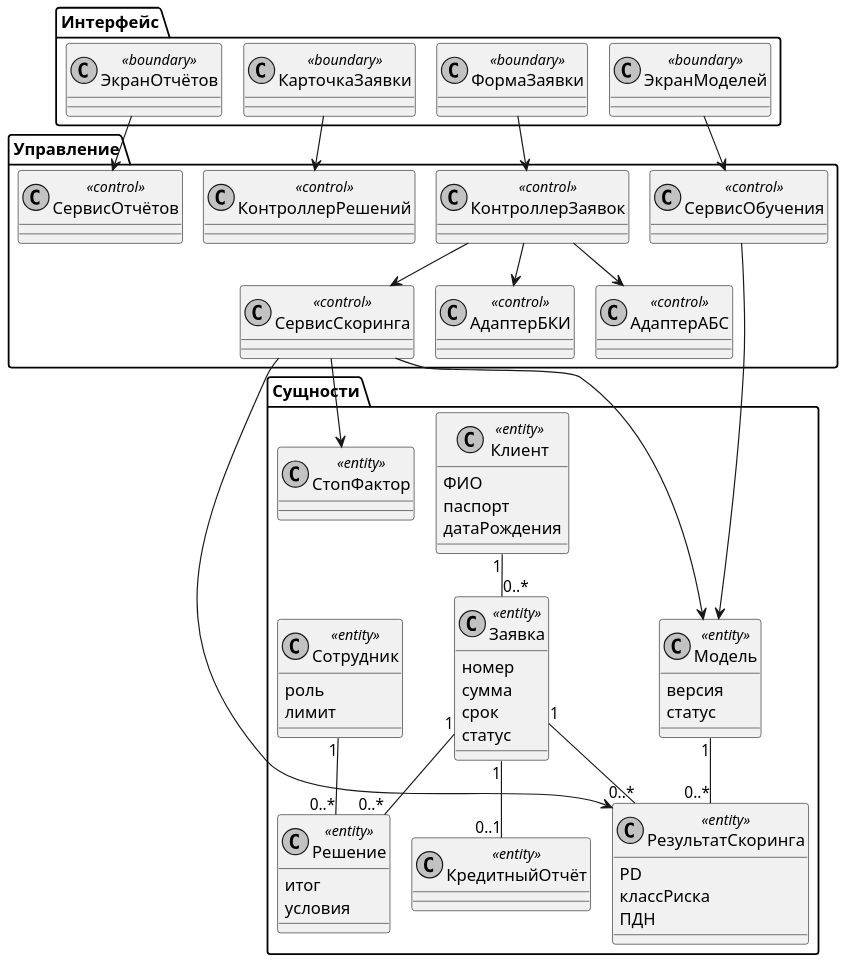
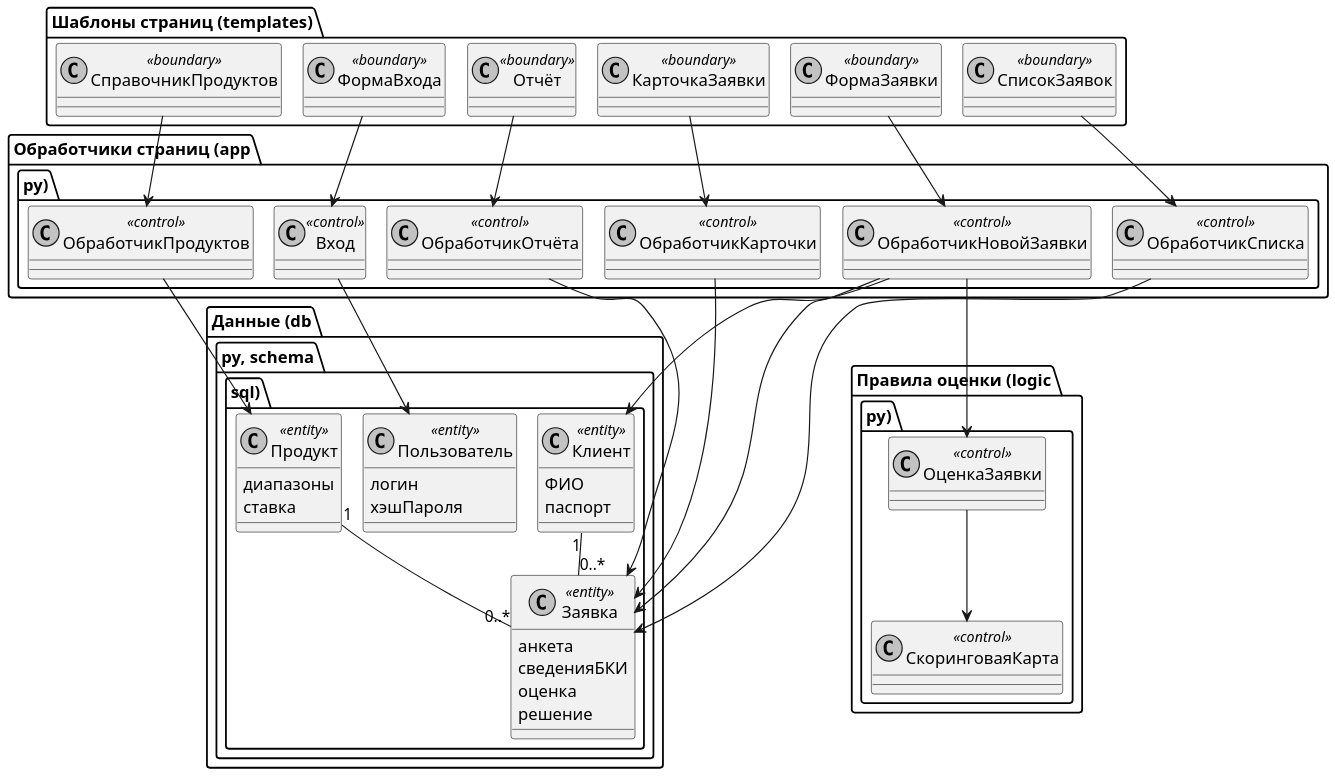
The diagram in diagrams/uml_classes.puml (DarkSwordman999/credit-scoring-dss), drawn with PlantUML before and after one commit. The commit also changed 51 other files, not shown here.

Commit message:
Отчёты ПР 1-10 и диаграммы пересобраны под базовую редакцию

```diff
--- a/diagrams/uml_classes.puml
+++ b/diagrams/uml_classes.puml
@@ -1,72 +1,65 @@
 @startuml
 !pragma layout smetana
 skinparam dpi 150
 skinparam defaultFontName Arial
 skinparam shadowing false
 skinparam monochrome true
 skinparam linetype ortho
-package "Интерфейс" {
+package "Шаблоны страниц (templates)" {
+ class ФормаВхода <<boundary>>
+ class СписокЗаявок <<boundary>>
  class ФормаЗаявки <<boundary>>
  class КарточкаЗаявки <<boundary>>
- class ЭкранМоделей <<boundary>>
- class ЭкранОтчётов <<boundary>>
+ class Отчёт <<boundary>>
+ class СправочникПродуктов <<boundary>>
 }
-package "Управление" {
- class КонтроллерЗаявок <<control>>
- class КонтроллерРешений <<control>>
- class СервисСкоринга <<control>>
- class СервисОбучения <<control>>
- class СервисОтчётов <<control>>
- class АдаптерБКИ <<control>>
- class АдаптерАБС <<control>>
+package "Обработчики страниц (app.py)" {
+ class Вход <<control>>
+ class ОбработчикСписка <<control>>
+ class ОбработчикНовойЗаявки <<control>>
+ class ОбработчикКарточки <<control>>
+ class ОбработчикОтчёта <<control>>
+ class ОбработчикПродуктов <<control>>
 }
-package "Сущности" {
+package "Правила оценки (logic.py)" {
+ class ОценкаЗаявки <<control>>
+ class СкоринговаяКарта <<control>>
+}
+package "Данные (db.py, schema.sql)" {
+ class Пользователь <<entity>> {
+  логин
+  хэшПароля
+ }
+ class Продукт <<entity>> {
+  диапазоны
+  ставка
+ }
  class Клиент <<entity>> {
   ФИО
   паспорт
-  датаРождения
  }
  class Заявка <<entity>> {
-  номер
-  сумма
-  срок
-  статус
+  анкета
+  сведенияБКИ
+  оценка
+  решение
  }
- class КредитныйОтчёт <<entity>>
- class РезультатСкоринга <<entity>> {
-  PD
-  классРиска
-  ПДН
- }
- class Модель <<entity>> {
-  версия
-  статус
- }
- class Решение <<entity>> {
-  итог
-  условия
- }
- class Сотрудник <<entity>> {
-  роль
-  лимит
- }
- class СтопФактор <<entity>>
 }
-ФормаЗаявки --> КонтроллерЗаявок
-КарточкаЗаявки --> КонтроллерРешений
-ЭкранМоделей --> СервисОбучения
-ЭкранОтчётов --> СервисОтчётов
-КонтроллерЗаявок --> СервисСкоринга
-КонтроллерЗаявок --> АдаптерБКИ
-КонтроллерЗаявок --> АдаптерАБС
-СервисСкоринга --> Модель
-СервисСкоринга --> СтопФактор
-СервисСкоринга --> РезультатСкоринга
-СервисОбучения --> Модель
+ФормаВхода --> Вход
+СписокЗаявок --> ОбработчикСписка
+ФормаЗаявки --> ОбработчикНовойЗаявки
+КарточкаЗаявки --> ОбработчикКарточки
+Отчёт --> ОбработчикОтчёта
+СправочникПродуктов --> ОбработчикПродуктов
+Вход --> Пользователь
+ОбработчикНовойЗаявки --> ОценкаЗаявки
+ОценкаЗаявки --> СкоринговаяКарта
+ОбработчикНовойЗаявки --> Клиент
+ОбработчикНовойЗаявки --> Заявка
+ОбработчикКарточки --> Заявка
+ОбработчикСписка --> Заявка
+ОбработчикОтчёта --> Заявка
+ОбработчикПродуктов --> Продукт
 Клиент "1" -- "0..*" Заявка
-Заявка "1" -- "0..1" КредитныйОтчёт
-Заявка "1" -- "0..*" РезультатСкоринга
-Заявка "1" -- "0..*" Решение
-Сотрудник "1" -- "0..*" Решение
-Модель "1" -- "0..*" РезультатСкоринга
+Продукт "1" -- "0..*" Заявка
 @enduml
```
